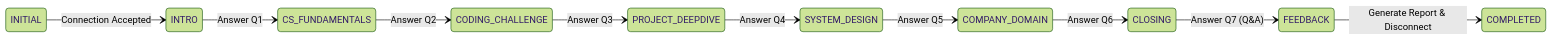
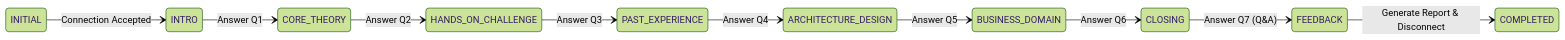
The second of 3 diagrams in documentation/API.md (Anil-Pradhan-web/ai-career-mentor), drawn with Mermaid (forest theme) before and after one commit. The commit also changed other lines of this file and 2 other files, not shown here.

Commit message:
docs: sync mock interview fsm and voice assistant state names and variables across system, api, and architecture guides

````diff
--- a/documentation/API.md
+++ b/documentation/API.md
@@ -972,13 +972,13 @@
 ```mermaid
 stateDiagram-v2
     direction LR
     INITIAL --> INTRO : Connection Accepted
-    INTRO --> CS_FUNDAMENTALS : Answer Q1
-    CS_FUNDAMENTALS --> CODING_CHALLENGE : Answer Q2
-    CODING_CHALLENGE --> PROJECT_DEEPDIVE : Answer Q3
-    PROJECT_DEEPDIVE --> SYSTEM_DESIGN : Answer Q4
-    SYSTEM_DESIGN --> COMPANY_DOMAIN : Answer Q5
-    COMPANY_DOMAIN --> CLOSING : Answer Q6
+    INTRO --> CORE_THEORY : Answer Q1
+    CORE_THEORY --> HANDS_ON_CHALLENGE : Answer Q2
+    HANDS_ON_CHALLENGE --> PAST_EXPERIENCE : Answer Q3
+    PAST_EXPERIENCE --> ARCHITECTURE_DESIGN : Answer Q4
+    ARCHITECTURE_DESIGN --> BUSINESS_DOMAIN : Answer Q5
+    BUSINESS_DOMAIN --> CLOSING : Answer Q6
     CLOSING --> FEEDBACK : Answer Q7 (Q&A)
     FEEDBACK --> COMPLETED : Generate Report & Disconnect
 ```
````
